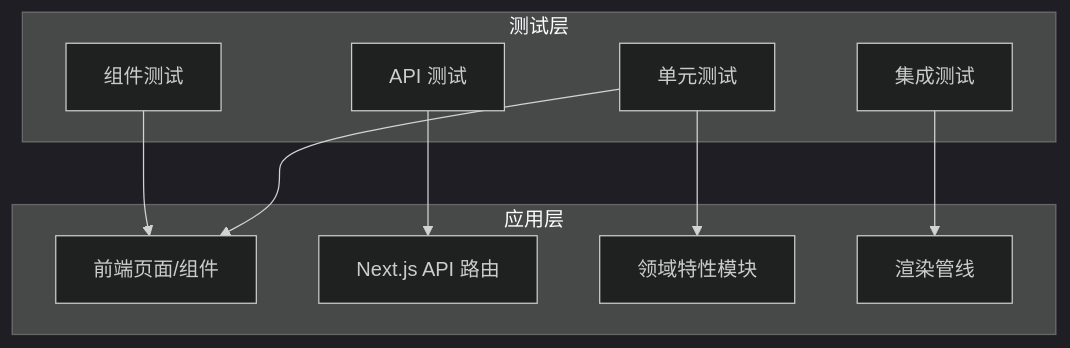
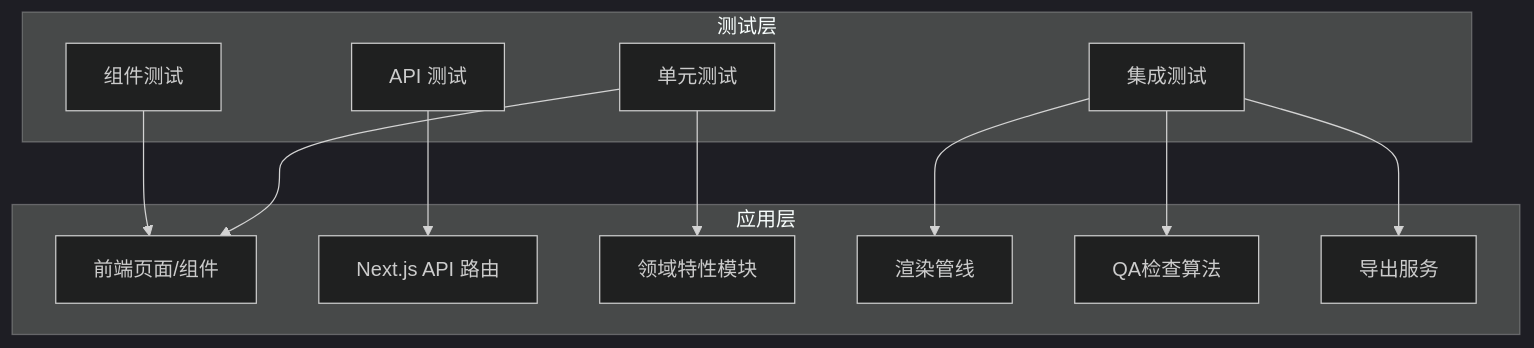
Before and after one commit to AIMFllyYS/code-video-canvas: the second of 3 diagrams in .qoder/repowiki/zh/content/开发指南/测试策略/测试策略.md, drawn with Mermaid (dark theme). The commit also changed other lines of this file and 7 other files, not shown here.

````diff
--- a/.qoder/repowiki/zh/content/开发指南/测试策略/测试策略.md
+++ b/.qoder/repowiki/zh/content/开发指南/测试策略/测试策略.md
@@ -116,20 +135,24 @@
 ```mermaid
 graph TB
 subgraph "测试层"
 UT["单元测试"]
 IT["集成测试"]
 API_T["API 测试"]
 UI_T["组件测试"]
 end
 subgraph "应用层"
 FE["前端页面/组件"]
 APP_API["Next.js API 路由"]
 FEATURES["领域特性模块"]
 RENDER["渲染管线"]
+QA["QA检查算法"]
+EXPORT["导出服务"]
 end
 UT --> FEATURES
 UT --> FE
 IT --> RENDER
+IT --> QA
+IT --> EXPORT
 API_T --> APP_API
 UI_T --> FE
 ```
````
